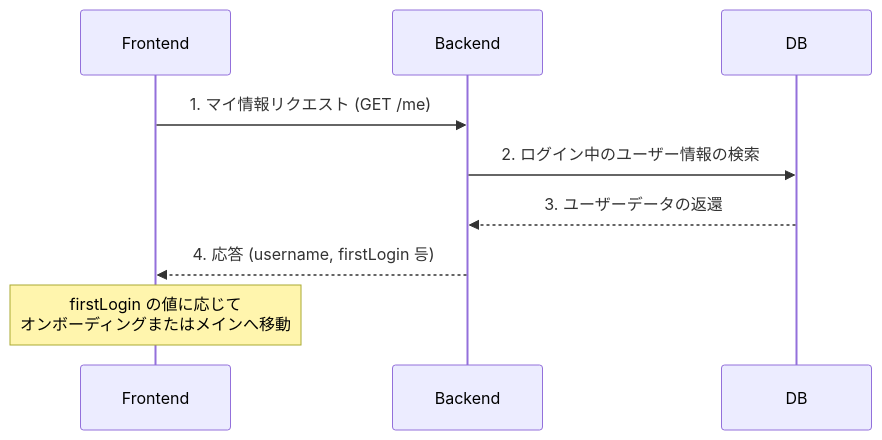
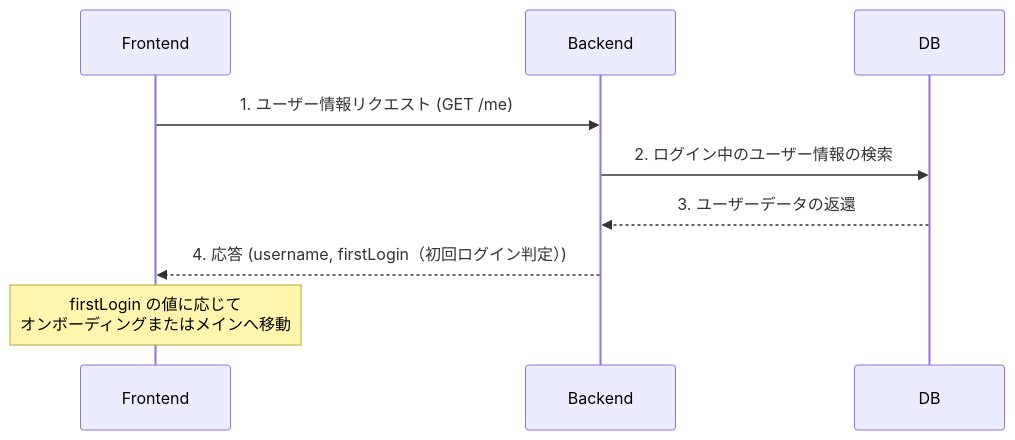
One commit to You-HyunHo/ani-frontend changed the third of 10 diagrams in README_img/SEQUENCE.md. Above: the diagram before and after it, drawn with Mermaid. The commit also changed other lines of this file, not shown here.

````diff
--- a/README_img/SEQUENCE.md
+++ b/README_img/SEQUENCE.md
@@ -32,12 +32,12 @@
 ```mermaid
 sequenceDiagram
     participant FE as Frontend 
     participant BE as Backend 
     participant DB 
 
-    FE->>BE: 1. マイ情報リクエスト (GET /me)
+    FE->>BE: 1. ユーザー情報リクエスト (GET /me)
     BE->>DB: 2. ログイン中のユーザー情報の検索
     DB-->>BE: 3. ユーザーデータの返還
-    BE-->>FE: 4. 応答 (username, firstLogin 등)
+    BE-->>FE: 4. 応答 (username, firstLogin（初回ログイン判定）)
     Note over FE: firstLogin の値に応じて<br/>オンボーディングまたはメインへ移動
 ```
````
